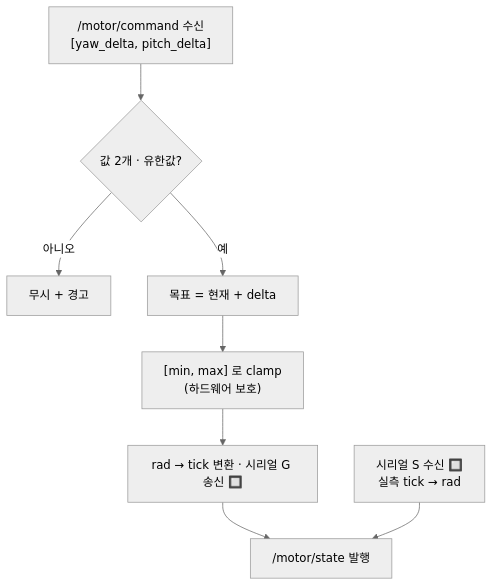
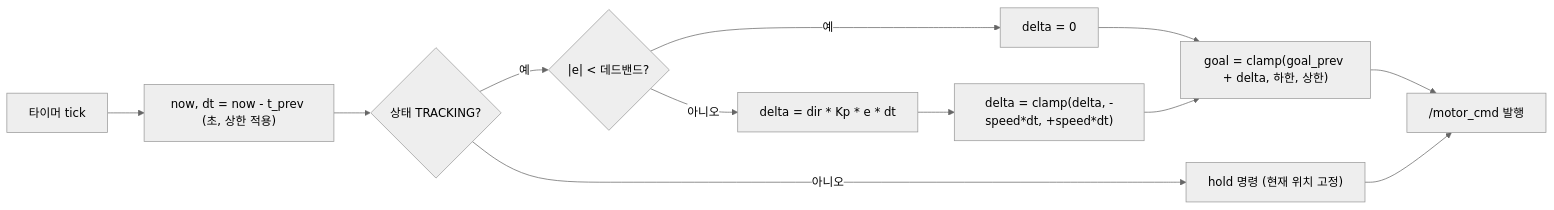
Before and after one commit to cowsjh/Lv2_Horus_Assignment: the sixth of 7 diagrams in lv2_module5/presentation.md, drawn with Mermaid (neutral theme). The commit also changed other lines of this file and 79 other files, not shown here.

````diff
--- a/lv2_module5/presentation.md
+++ b/lv2_module5/presentation.md
@@ -260,10 +295,14 @@
 ```mermaid
-flowchart TD
-  A["/motor/command 수신<br/>[yaw_delta, pitch_delta]"] --> B{"값 2개 · 유한값?"}
-  B -->|"아니오"| X["무시 + 경고"]
-  B -->|"예"| C["목표 = 현재 + delta"]
-  C --> D["[min, max] 로 clamp<br/>(하드웨어 보호)"]
-  D --> E["rad → tick 변환 · 시리얼 G 송신 🔲"]
-  E --> F["/motor/state 발행"]
-  S["시리얼 S 수신 🔲<br/>실측 tick → rad"] --> F
+flowchart LR
+  A["타이머 tick"] --> B["now, dt = now - t_prev (초, 상한 적용)"]
+  B --> C{"상태 TRACKING?"}
+  C -->|"아니오"| H["hold 명령 (현재 위치 고정)"]
+  C -->|"예"| D{"|e| < 데드밴드?"}
+  D -->|"예"| E["delta = 0"]
+  D -->|"아니오"| F["delta = dir * Kp * e * dt"]
+  F --> G["delta = clamp(delta, -speed*dt, +speed*dt)"]
+  E --> I["goal = clamp(goal_prev + delta, 하한, 상한)"]
+  G --> I
+  I --> P["/motor_cmd 발행"]
+  H --> P
 ```
````
